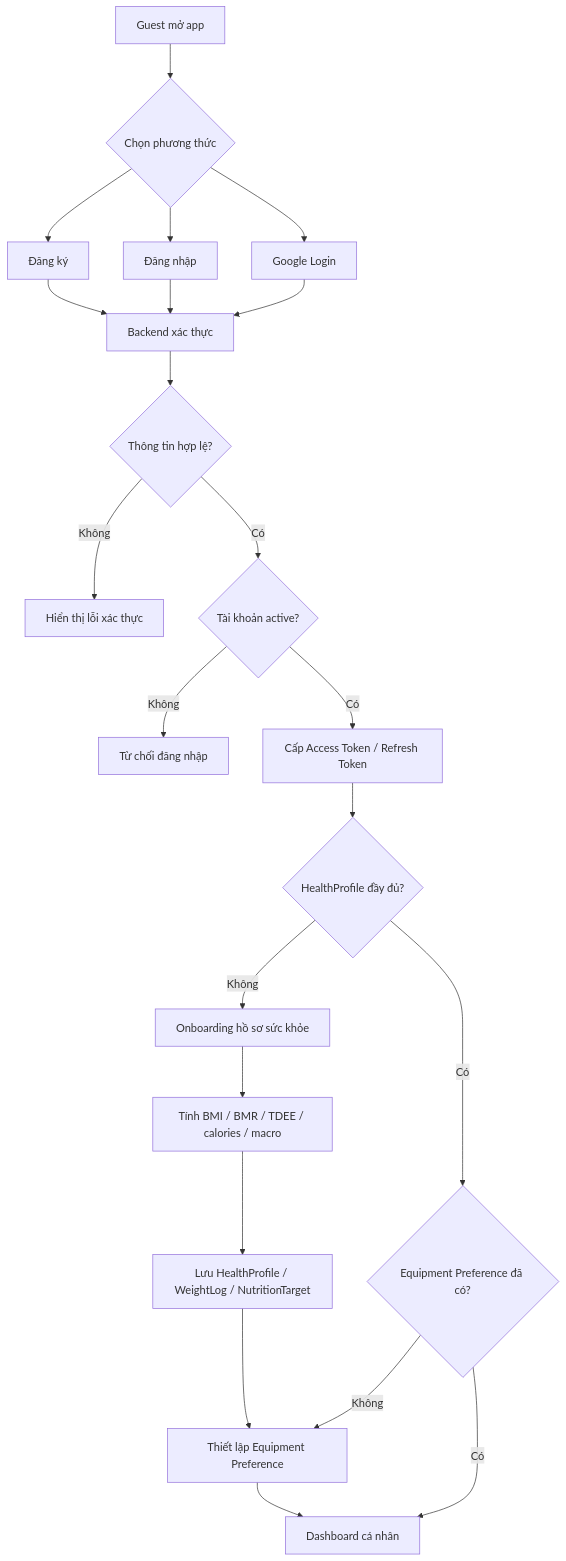
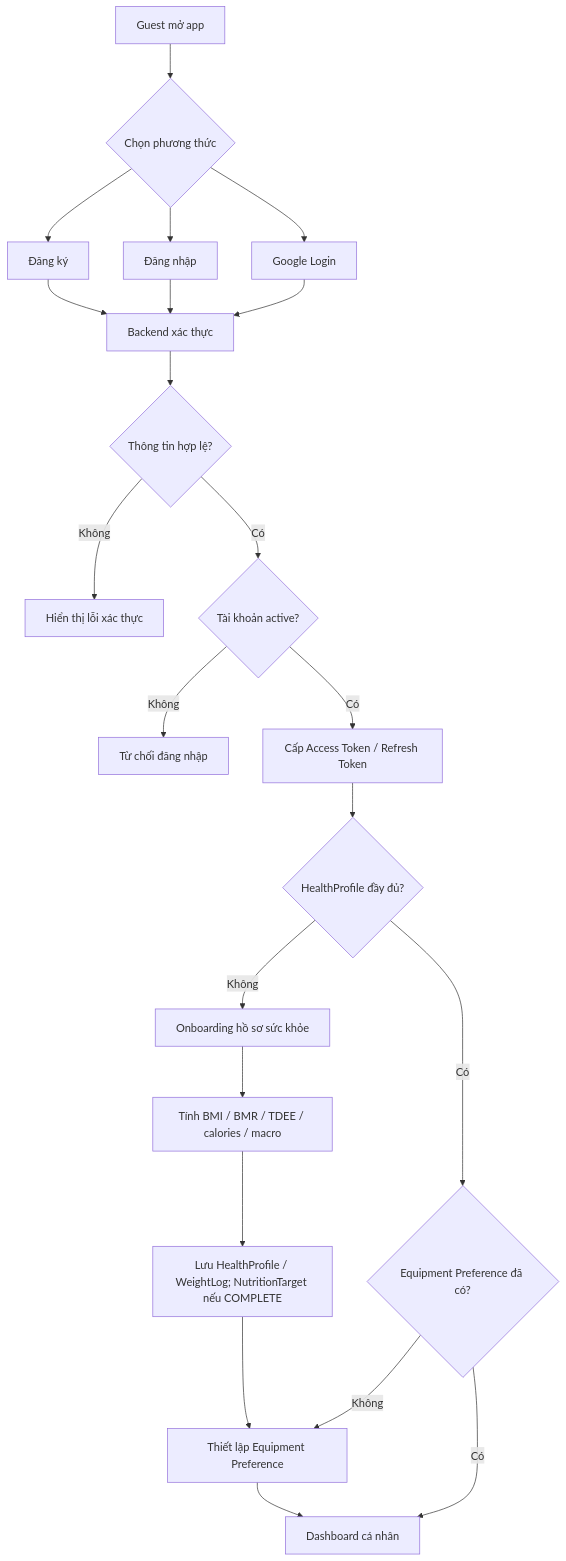
The second of 21 diagrams in docs/spec/bussiness_mainflow.md (tgiahuy/VieGym), drawn with Mermaid before and after one commit. The commit also changed other lines of this file and 25 other files, not shown here.

````diff
--- a/docs/spec/bussiness_mainflow.md
+++ b/docs/spec/bussiness_mainflow.md
@@ -158,29 +159,29 @@
 ```mermaid
 flowchart TD
     Guest[Guest mở app] --> Method{Chọn phương thức}
     Method --> Register[Đăng ký]
     Method --> Login[Đăng nhập]
     Method --> Google[Google Login]
 
     Register --> Verify[Backend xác thực]
     Login --> Verify
     Google --> Verify
 
     Verify --> Valid{Thông tin hợp lệ?}
     Valid -- Không --> AuthError[Hiển thị lỗi xác thực]
     Valid -- Có --> Account{Tài khoản active?}
 
     Account -- Không --> Blocked[Từ chối đăng nhập]
     Account -- Có --> Token[Cấp Access Token / Refresh Token]
     Token --> Profile{HealthProfile đầy đủ?}
 
     Profile -- Không --> Onboarding[Onboarding hồ sơ sức khỏe]
     Onboarding --> Calculate[Tính BMI / BMR / TDEE / calories / macro]
-    Calculate --> SaveProfile[Lưu HealthProfile / WeightLog / NutritionTarget]
+    Calculate --> SaveProfile[Lưu HealthProfile / WeightLog; NutritionTarget nếu COMPLETE]
     SaveProfile --> Equipment[Thiết lập Equipment Preference]
     Equipment --> Dashboard[Dashboard cá nhân]
 
     Profile -- Có --> EquipmentCheck{Equipment Preference đã có?}
     EquipmentCheck -- Không --> Equipment
     EquipmentCheck -- Có --> Dashboard
 ```
````
